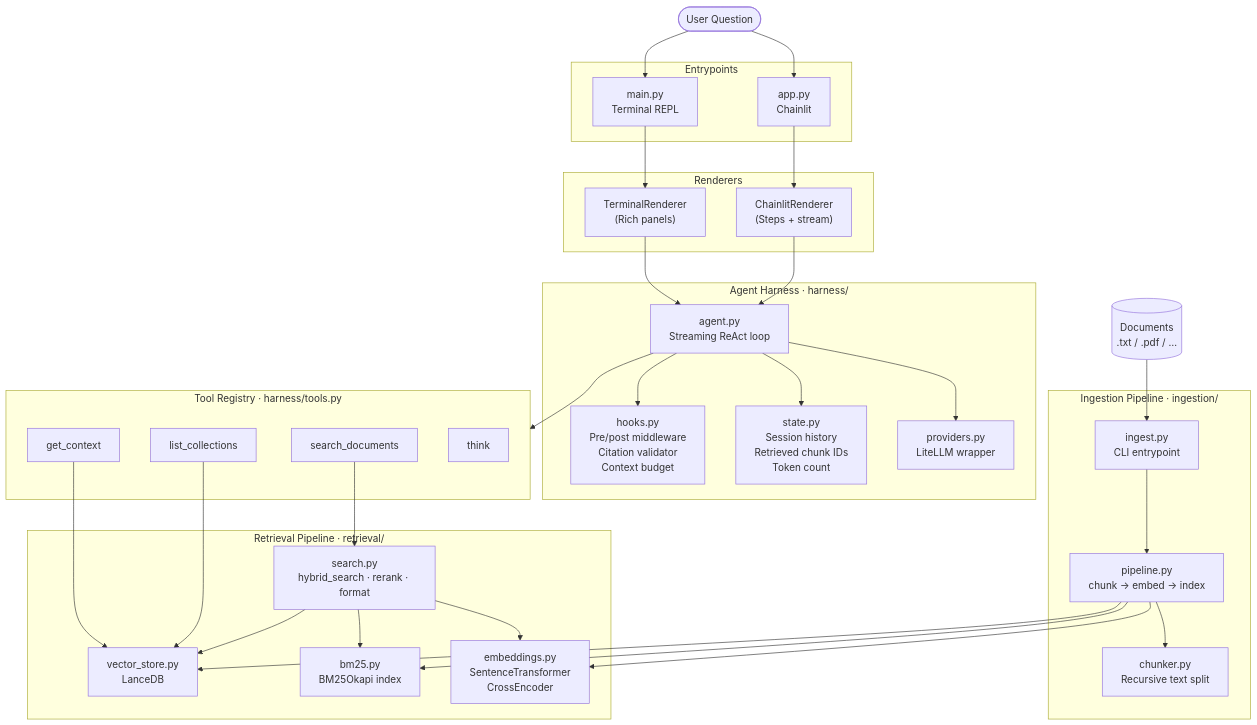
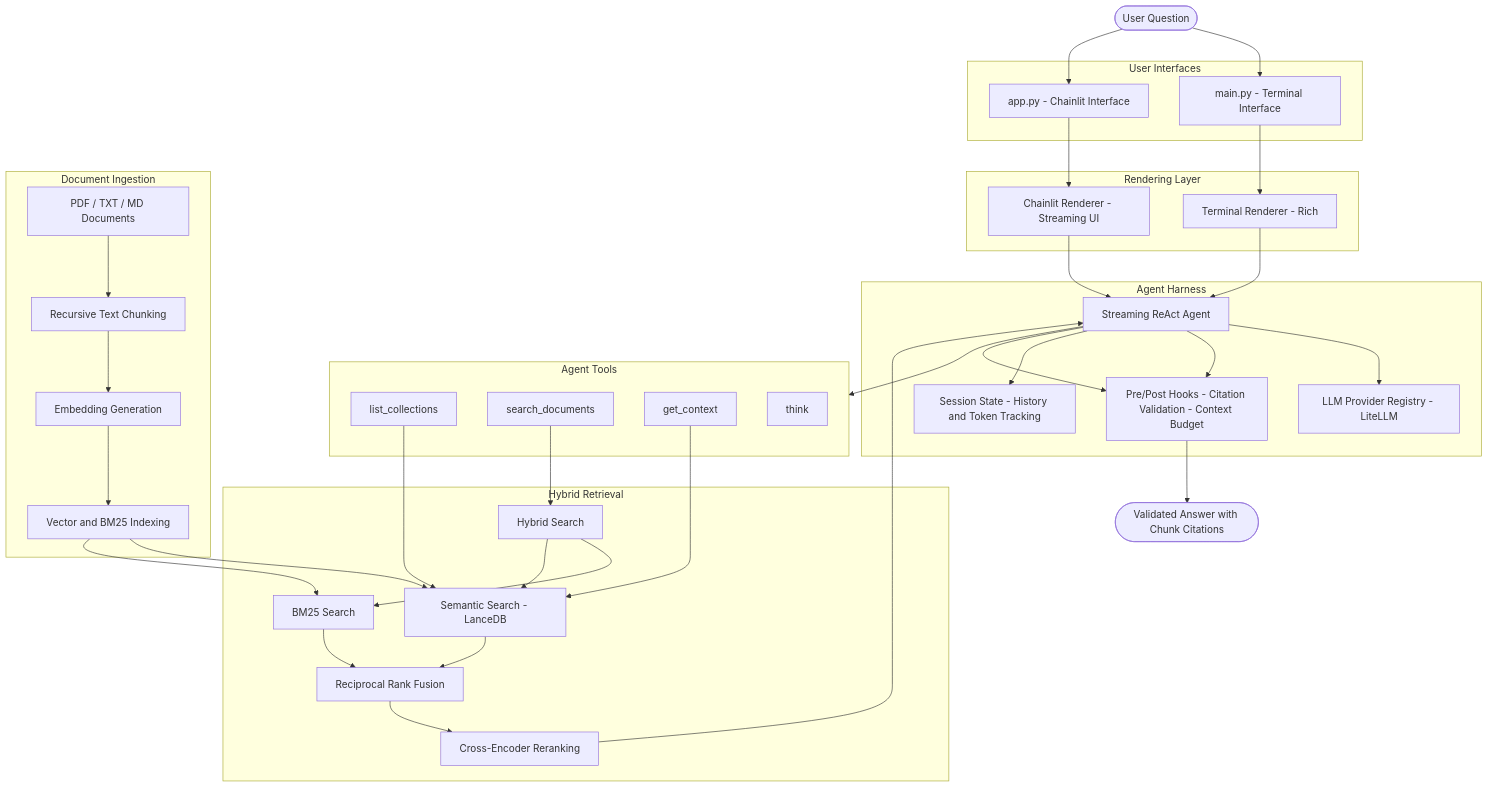
Before and after one commit to pushpakrai/Agentic-RAG-with-LLM-Evaluation-Harness: the diagram in README.md, drawn with Mermaid. The commit also changed other lines of this file, not shown here.

````diff
--- a/README.md
+++ b/README.md
@@ -20,65 +79,73 @@
 ```mermaid
 flowchart TD
-    User(["User Question"])
+    U(["User Question"])
 
-    subgraph Entrypoints
-        main["main.py<br/>Terminal REPL"]
-        app["app.py<br/>Chainlit"]
+    subgraph UI["User Interfaces"]
+        CLI["main.py - Terminal Interface"]
+        WEB["app.py - Chainlit Interface"]
     end
 
-    subgraph Renderers
-        TR["TerminalRenderer<br/>(Rich panels)"]
-        CR["ChainlitRenderer<br/>(Steps + stream)"]
+    subgraph RENDER["Rendering Layer"]
+        TR["Terminal Renderer - Rich"]
+        CR["Chainlit Renderer - Streaming UI"]
     end
 
-    subgraph AgentHarness["Agent Harness · harness/"]
-        agent["agent.py<br/>Streaming ReAct loop"]
-        hooks["hooks.py<br/>Pre/post middleware<br/>Citation validator<br/>Context budget"]
-        state["state.py<br/>Session history<br/>Retrieved chunk IDs<br/>Token count"]
-        providers["providers.py<br/>LiteLLM wrapper"]
+    subgraph AGENT["Agent Harness"]
+        A["Streaming ReAct Agent"]
+        P["LLM Provider Registry - LiteLLM"]
+        H["Pre/Post Hooks - Citation Validation - Context Budget"]
+        S["Session State - History and Token Tracking"]
     end
 
-    subgraph ToolRegistry["Tool Registry · harness/tools.py"]
+    subgraph TOOLS["Agent Tools"]
         T1["list_collections"]
         T2["search_documents"]
         T3["get_context"]
         T4["think"]
     end
 
-    subgraph RetrievalPipeline["Retrieval Pipeline · retrieval/"]
-        search["search.py<br/>hybrid_search · rerank · format"]
-        vs["vector_store.py<br/>LanceDB"]
-        bm25["bm25.py<br/>BM25Okapi index"]
-        emb["embeddings.py<br/>SentenceTransformer<br/>CrossEncoder"]
+    subgraph RETRIEVAL["Hybrid Retrieval"]
+        HS["Hybrid Search"]
+        BM["BM25 Search"]
+        VS["Semantic Search - LanceDB"]
+        RRF["Reciprocal Rank Fusion"]
+        RR["Cross-Encoder Reranking"]
     end
 
-    subgraph IngestionPipeline["Ingestion Pipeline · ingestion/"]
-        chunker["chunker.py<br/>Recursive text split"]
-        pipeline["pipeline.py<br/>chunk → embed → index"]
-        ingest["ingest.py<br/>CLI entrypoint"]
+    subgraph INGESTION["Document Ingestion"]
+        D["PDF / TXT / MD Documents"]
+        CH["Recursive Text Chunking"]
+        EM["Embedding Generation"]
+        IDX["Vector and BM25 Indexing"]
     end
 
-    Docs[("Documents<br/>.txt / .pdf / …")]
+    ANS(["Validated Answer with Chunk Citations"])
 
-    User --> main & app
-    main --> TR --> agent
-    app --> CR --> agent
+    U --> CLI
+    U --> WEB
 
-    agent --> providers
-    agent --> hooks
-    agent --> state
-    agent --> ToolRegistry
+    CLI --> TR --> A
+    WEB --> CR --> A
 
-    T2 --> search
-    T3 --> vs
-    T1 --> vs
+    A --> P
+    A --> H
+    A --> S
+    A --> TOOLS
 
-    search --> vs
-    search --> bm25
-    search --> emb
+    T1 --> VS
+    T2 --> HS
+    T3 --> VS
 
-    Docs --> ingest --> pipeline --> chunker
-    pipeline --> emb
-    pipeline --> vs
-    pipeline --> bm25
+    HS --> BM
+    HS --> VS
+    BM --> RRF
+    VS --> RRF
+    RRF --> RR
+    RR --> A
+
+    D --> CH --> EM --> IDX
+    IDX --> VS
+    IDX --> BM
+
+    A --> H --> ANS
 ```
````
